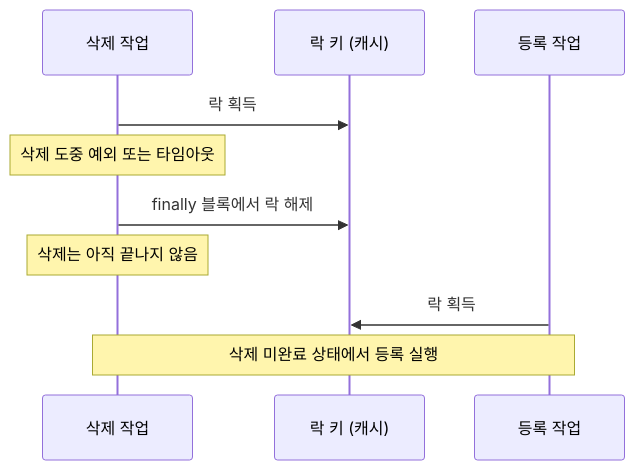
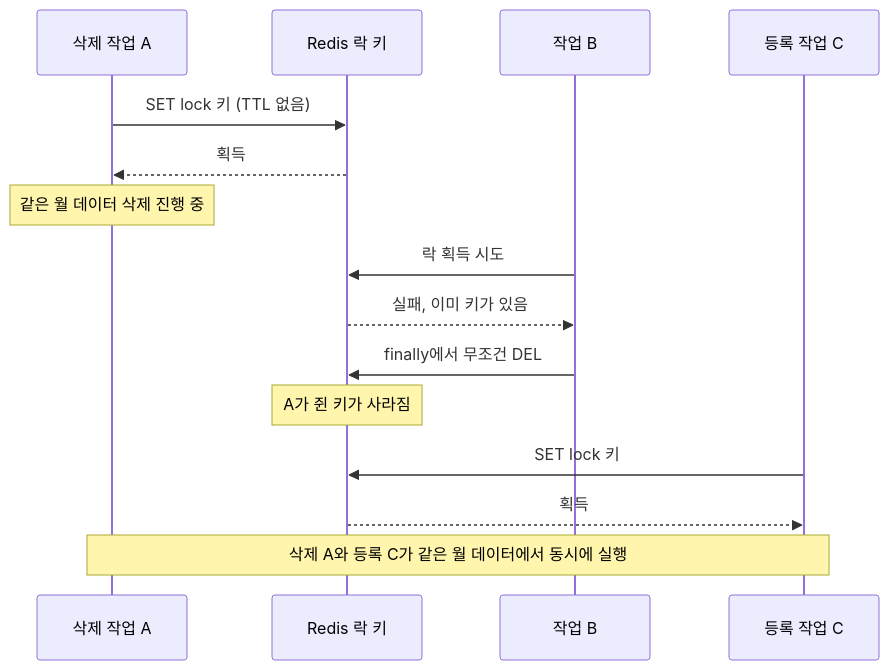
One commit to polynomeer/polynomeer.github.io changed the second of 2 diagrams in _posts/notes/common/2026-01-03-bulk-insert-with-lock-part4.md. Above: the diagram before and after it, drawn with Mermaid. The commit also changed other lines of this file, not shown here.

Commit message:
docs(notes): rewrite batch structure part 4 on the old lock failures

````diff
--- a/_posts/notes/common/2026-01-03-bulk-insert-with-lock-part4.md
+++ b/_posts/notes/common/2026-01-03-bulk-insert-with-lock-part4.md
@@ -102,13 +127,18 @@
 ```mermaid
 sequenceDiagram
-    participant D as 삭제 작업
-    participant L as 락 키 (캐시)
-    participant R as 등록 작업
+    participant D as 삭제 작업 A
+    participant R as Redis 락 키
+    participant X as 작업 B
+    participant G as 등록 작업 C
 
-    D->>L: 락 획득
-    Note over D: 삭제 도중 예외 또는 타임아웃
-    D->>L: finally 블록에서 락 해제
-    Note over D: 삭제는 아직 끝나지 않음
-    R->>L: 락 획득
-    Note over D,R: 삭제 미완료 상태에서 등록 실행
+    D->>R: SET lock 키 (TTL 없음)
+    R-->>D: 획득
+    Note over D: 같은 월 데이터 삭제 진행 중
+    X->>R: 락 획득 시도
+    R-->>X: 실패, 이미 키가 있음
+    X->>R: finally에서 무조건 DEL
+    Note over R: A가 쥔 키가 사라짐
+    G->>R: SET lock 키
+    R-->>G: 획득
+    Note over D,G: 삭제 A와 등록 C가 같은 월 데이터에서 동시에 실행
 ```
````
